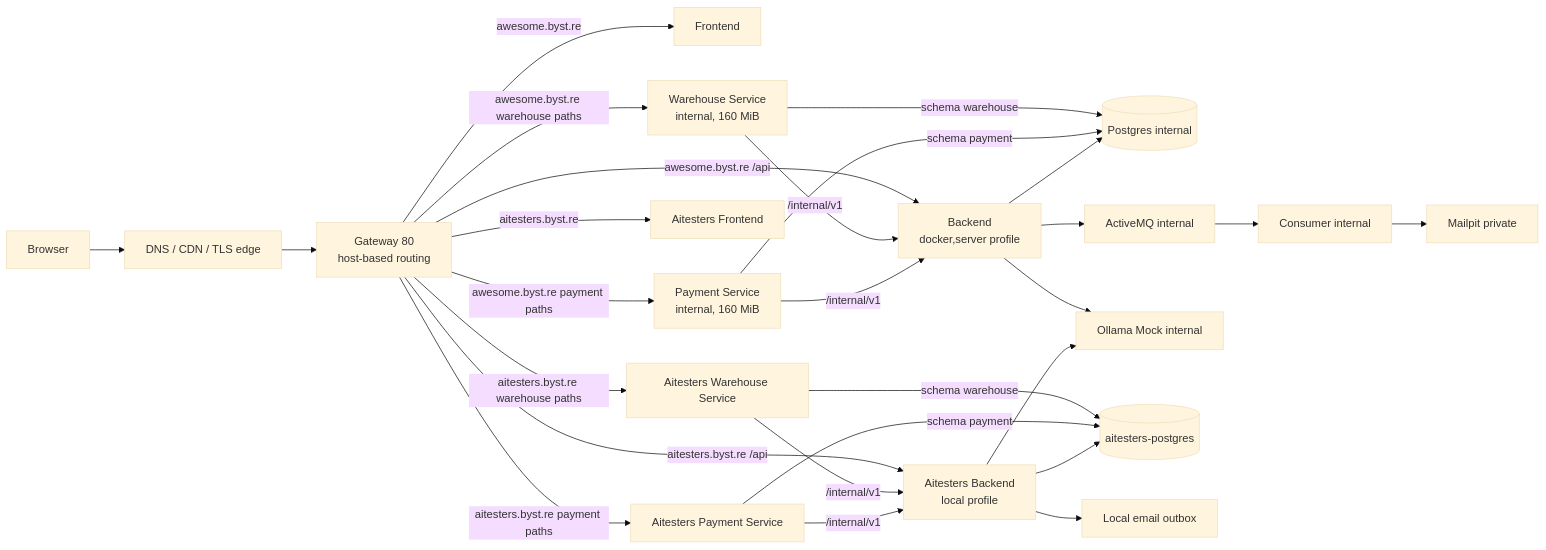
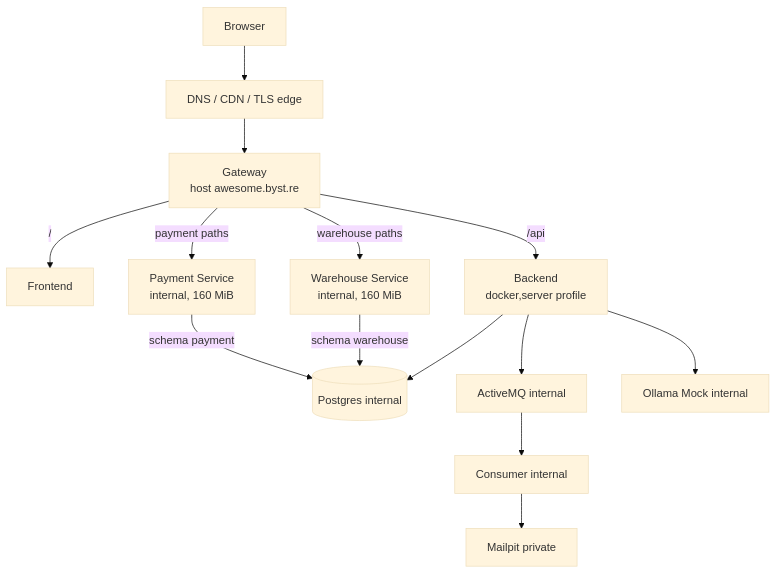
One commit to slawekradzyminski/awesome-localstack changed the fourth of 5 diagrams in docs/PROFILE_URLS.md. Above: the diagram before and after it, drawn with Mermaid (base theme). The commit also changed other lines of this file and 19 other files, not shown here.

First line of the commit message:
Review every wiki diagram by eye and redraw the unclear ones

````diff
--- a/docs/PROFILE_URLS.md
+++ b/docs/PROFILE_URLS.md
@@ -84,31 +88,13 @@
 ```mermaid
-flowchart LR
-    U[Browser] --> CF[DNS / CDN / TLS edge]
-    CF --> G[Gateway 80<br/>host-based routing]
-
-    G -->|awesome.byst.re| F[Frontend]
-    G -->|awesome.byst.re /api| B[Backend<br/>docker,server profile]
-    G -->|awesome.byst.re warehouse paths| W[Warehouse Service<br/>internal, 160 MiB]
-    G -->|awesome.byst.re payment paths| PS[Payment Service<br/>internal, 160 MiB]
-    W -->|/internal/v1| B
-    PS -->|/internal/v1| B
+flowchart TB
+    U[Browser] --> CF[DNS / CDN / TLS edge] --> G[Gateway<br/>host awesome.byst.re]
+    G -->|/| F[Frontend]
+    G -->|/api| B[Backend<br/>docker,server profile]
+    G -->|warehouse paths| W[Warehouse Service<br/>internal, 160 MiB]
+    G -->|payment paths| PS[Payment Service<br/>internal, 160 MiB]
+    B --> DB[(Postgres internal)]
     W -->|schema warehouse| DB
     PS -->|schema payment| DB
-    B --> DB[(Postgres internal)]
-    B --> MQ[ActiveMQ internal]
-    MQ --> C[Consumer internal]
-    C --> MH[Mailpit private]
+    B --> MQ[ActiveMQ internal] --> C[Consumer internal] --> MH[Mailpit private]
     B --> O[Ollama Mock internal]
-
-    G -->|aitesters.byst.re| AF[Aitesters Frontend]
-    G -->|aitesters.byst.re /api| AB[Aitesters Backend<br/>local profile]
-    G -->|aitesters.byst.re warehouse paths| AW[Aitesters Warehouse Service]
-    G -->|aitesters.byst.re payment paths| APS[Aitesters Payment Service]
-    AW -->|/internal/v1| AB
-    APS -->|/internal/v1| AB
-    AW -->|schema warehouse| APG
-    APS -->|schema payment| APG
-    AB --> APG[(aitesters-postgres)]
-    AB --> LO[Local email outbox]
-    AB --> O
 ```
````
